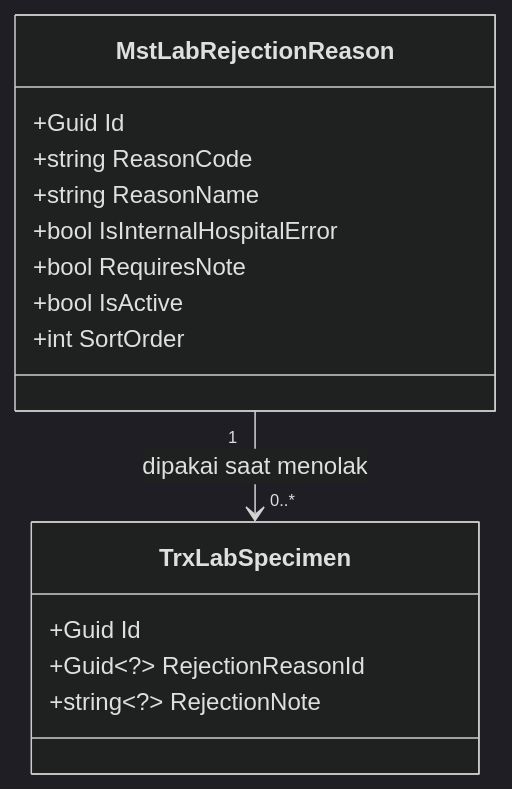
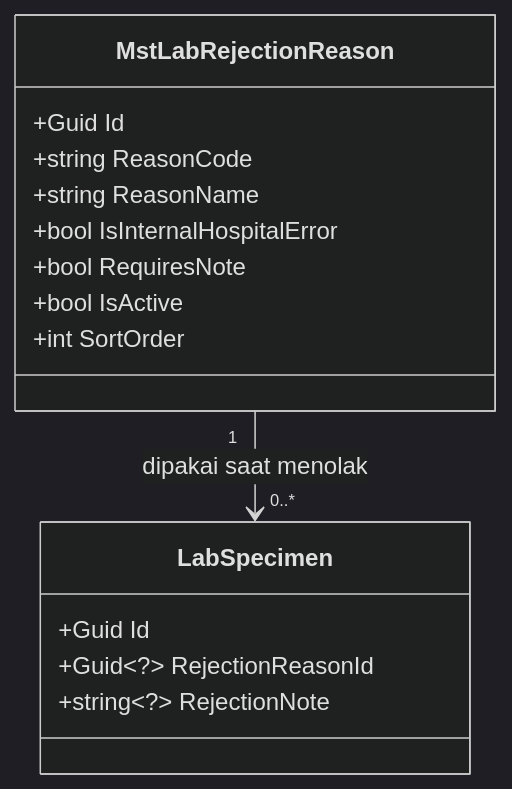
Before and after one commit to DevBenari/NewQuilvianSystemBackend: the third of 3 diagrams in docs/module-blueprints/laboratorium/02-backend-architecture.md, drawn with Mermaid (dark theme). The commit also changed other lines of this file and 61 other files, not shown here.

````diff
--- a/docs/module-blueprints/laboratorium/02-backend-architecture.md
+++ b/docs/module-blueprints/laboratorium/02-backend-architecture.md
@@ -208,18 +208,18 @@
 ```mermaid
 classDiagram
     class MstLabRejectionReason {
         +Guid Id
         +string ReasonCode
         +string ReasonName
         +bool IsInternalHospitalError
         +bool RequiresNote
         +bool IsActive
         +int SortOrder
     }
-    class TrxLabSpecimen {
+    class LabSpecimen {
         +Guid Id
         +Guid~?~ RejectionReasonId
         +string~?~ RejectionNote
     }
-    MstLabRejectionReason "1" --> "0..*" TrxLabSpecimen : dipakai saat menolak
+    MstLabRejectionReason "1" --> "0..*" LabSpecimen : dipakai saat menolak
 ```
````
